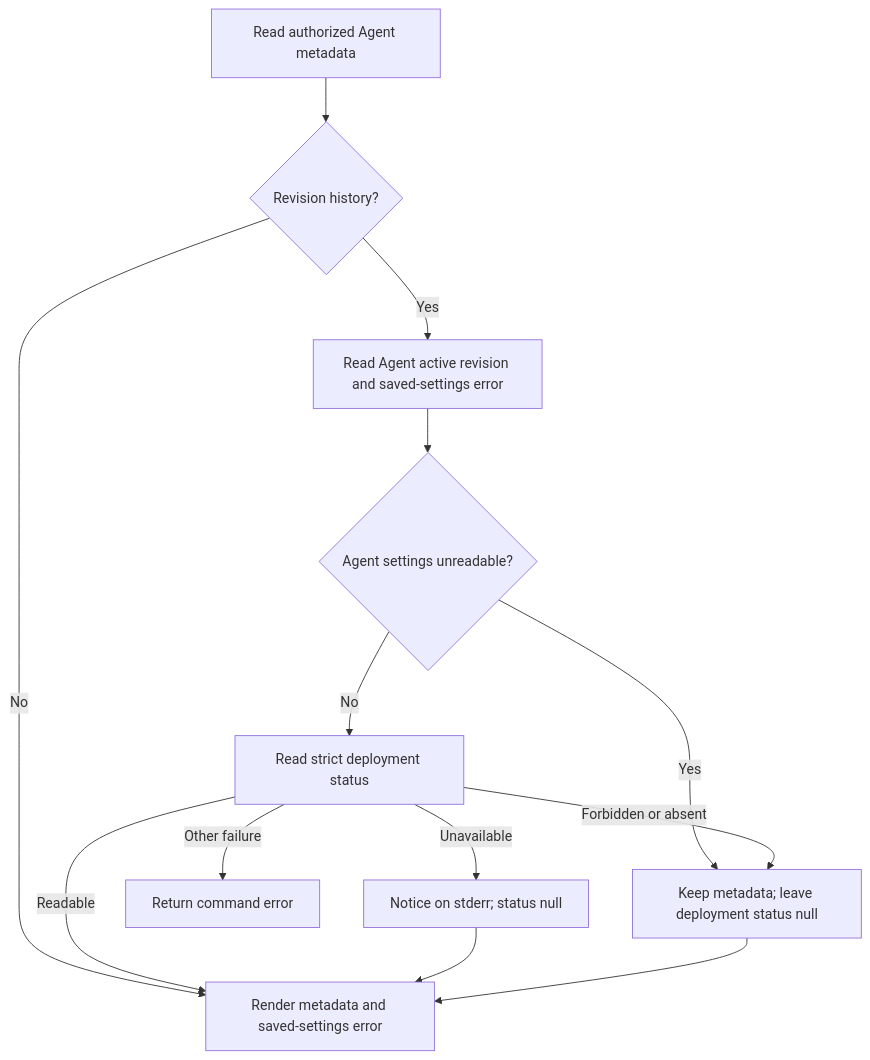
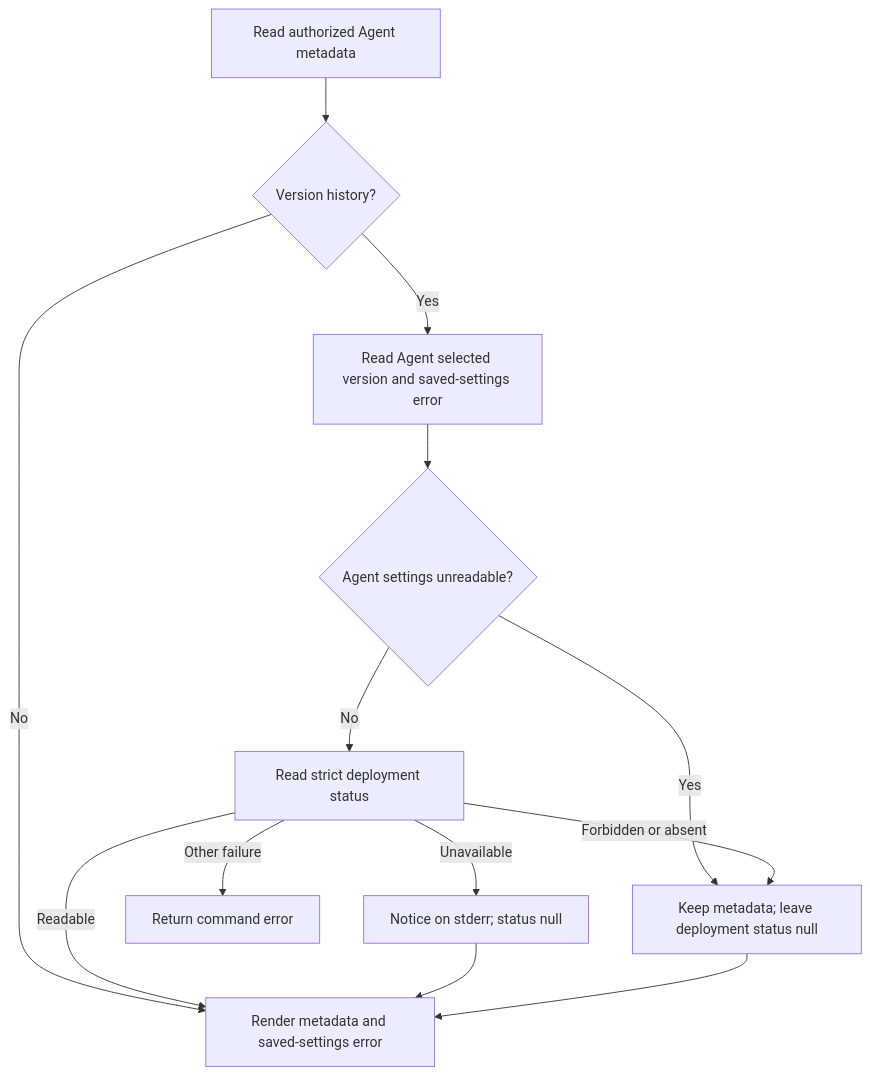
One commit to openclaw/openclaw-enterprise changed the diagram in docs/flows/cli-agent-browsing.md. Above: the diagram before and after it, drawn with Mermaid. The commit also changed other lines of this file and 198 other files, not shown here.

````diff
--- a/docs/flows/cli-agent-browsing.md
+++ b/docs/flows/cli-agent-browsing.md
@@ -37,14 +37,14 @@
 ```mermaid
 graph TD
-  A["Read authorized Agent metadata"] --> B{"Revision history?"}
+  A["Read authorized Agent metadata"] --> B{"Version history?"}
   B -->|No| F["Render metadata and saved-settings error"]
-  B -->|Yes| C["Read Agent active revision and saved-settings error"]
+  B -->|Yes| C["Read Agent selected version and saved-settings error"]
   C --> D{"Agent settings unreadable?"}
   D -->|Yes| E["Keep metadata; leave deployment status null"]
   D -->|No| G["Read strict deployment status"]
   G -->|Readable| F
   G -->|Forbidden or absent| E
   G -->|Unavailable| N["Notice on stderr; status null"] --> F
   G -->|Other failure| H["Return command error"]
   E --> F
 ```
````
